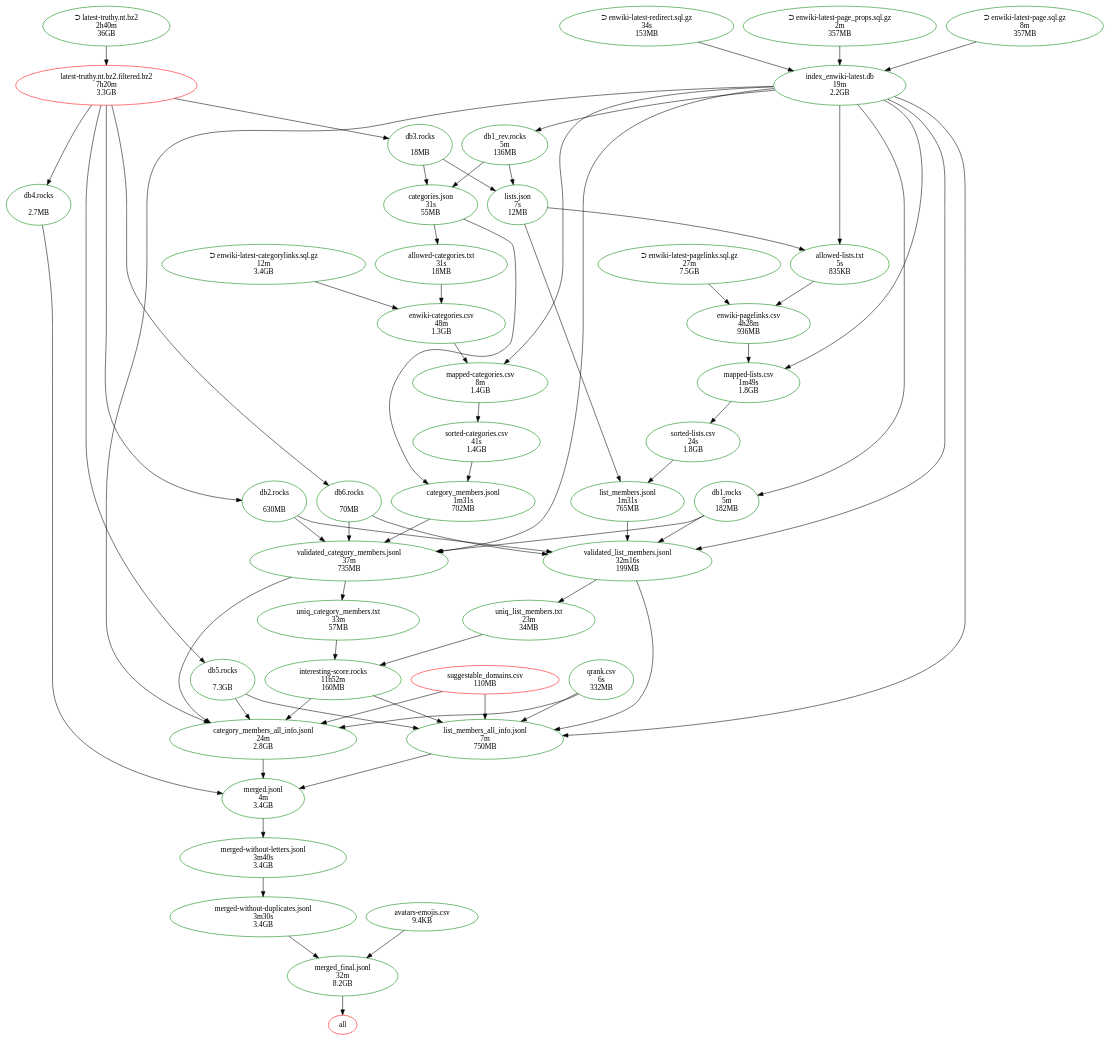
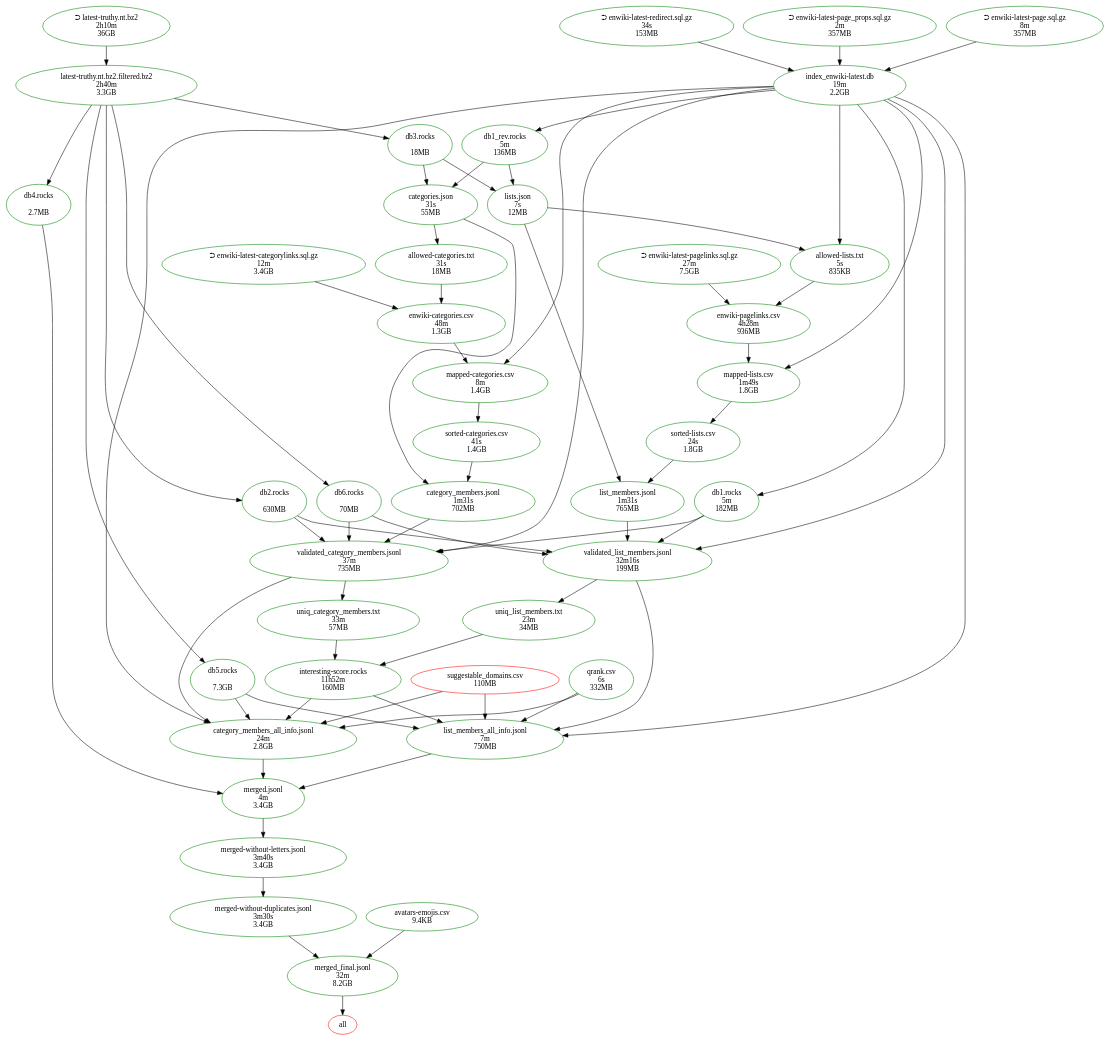
One commit to namehash/namegraph-collections changed the diagram in makefile-doc.dot. Above: the diagram before and after it, drawn with Graphviz. The commit also changed 2 other files, not shown here.

```diff
--- a/makefile-doc.dot
+++ b/makefile-doc.dot
@@ -1,113 +1,113 @@
 digraph G {
 n2[label="all", color="red"];
 n31[label="interesting-score.rocks\n11h52m\n160MB", color="green"];
 n29[label="allowed-categories.txt\n31s\n18MB", color="green"];
 n14[label="allowed-lists.txt\n5s\n835KB", color="green"];
 n30[label="categories.json\n31s\n55MB", color="green"];
 n24[label="category_members.jsonl\n1m31s\n702MB", color="green"];
 n33[label="category_members_all_info.jsonl\n24m\n2.8GB", color="green"];
 n17[label="db1.rocks\n5m\n182MB", color="green"];
 n16[label="db1_rev.rocks\n5m\n136MB", color="green"];
 n19[label="db3.rocks\n\n18MB", color="green"];
 n28[label="⮊ enwiki-latest-categorylinks.sql.gz\n12m\n3.4GB", color="green"];
 n13[label="⮊ enwiki-latest-pagelinks.sql.gz\n27m\n7.5GB", color="green"];
 n27[label="enwiki-categories.csv\n48m\n1.3GB", color="green"];
 n21[label="⮊ enwiki-latest-redirect.sql.gz\n34s\n153MB", color="green"];
 n12[label="enwiki-pagelinks.csv\n4h28m\n936MB", color="green"];
 n20[label="index_enwiki-latest.db\n19m\n2.2GB", color="green"];
 #n18[label="latest-all.nt.bz2.filtered.bz2\n20h29m\n3.5GB", color="red"];
 n9[label="list_members.jsonl\n1m31s\n765MB", color="green"];
 n7[label="list_members_all_info.jsonl\n7m\n750MB", color="green"];
 n15[label="lists.json\n7s\n12MB", color="green"];
 n26[label="mapped-categories.csv\n8m\n1.4GB", color="green"];
 n11[label="mapped-lists.csv\n1m49s\n1.8GB", color="green"];
 n6[label="merged.jsonl\n4m\n3.4GB", color="green"];
 n5[label="merged-without-letters.jsonl\n3m40s\n3.4GB", color="green"];
 n4[label="merged-without-duplicates.jsonl\n3m30s\n3.4GB", color="green"];
 n3[label="merged_final.jsonl\n32m\n8.2GB", color="green"];
 n25[label="sorted-categories.csv\n41s\n1.4GB", color="green"];
 n10[label="sorted-lists.csv\n24s\n1.8GB", color="green"];
 n32[label="suggestable_domains.csv\n110MB", color="red"];
 n23[label="validated_category_members.jsonl\n37m\n735MB", color="green"];
 n8[label="validated_list_members.jsonl\n32m16s\n199MB", color="green"];
-n34[label="⮊ latest-truthy.nt.bz2\n2h40m\n36GB", color="green"];
-n35[label="latest-truthy.nt.bz2.filtered.bz2\n7h20m\n3.3GB", color="red"];
+n34[label="⮊ latest-truthy.nt.bz2\n2h10m\n36GB", color="green"];
+n35[label="latest-truthy.nt.bz2.filtered.bz2\n2h40m\n3.3GB", color="green"];
 #n36[label="⮊ latest-all.nt.bz2\n11h20m\n151GB", color="red"];
 n37[label="⮊ enwiki-latest-page_props.sql.gz\n2m\n357MB", color="green"];
 n38[label="⮊ enwiki-latest-page.sql.gz\n8m\n357MB", color="green"];
 n39[label="qrank.csv\n6s\n332MB", color="green"];
 n40[label="db2.rocks\n\n630MB", color="green"];
 n41[label="db4.rocks\n\n2.7MB", color="green"];
 n42[label="db5.rocks\n\n7.3GB", color="green"];
 n43[label="db6.rocks\n\n70MB", color="green"];
 n44[label="avatars-emojis.csv\n9.4KB", color="green"];
 n45[label="uniq_category_members.txt\n33m\n57MB", color="green"];
 n46[label="uniq_list_members.txt\n23m\n34MB", color="green"];
 n31 -> n33;
 n31 -> n7;
 n8 -> n46
 n23 -> n45;
 n3 -> n2 ; 
 n45 -> n31; 
 n46 -> n31; 
 n30 -> n29 ; 
 n20 -> n14 ; 
 n15 -> n14 ; 
 n16 -> n30 ; 
 n19 -> n30 ; 
 n30 -> n24 ; 
 n25 -> n24 ; 
 n32 -> n33 ; 
 n23 -> n33 ; 
 n20 -> n17 ; 
 n20 -> n16 ; 
 n29 -> n27 ; 
 n28 -> n27 ; 
 n14 -> n12 ; 
 n13 -> n12 ; 
 n21 -> n20 ; 
 n15 -> n9 ; 
 n10 -> n9 ; 
 n32 -> n7 ; 
 n8 -> n7 ; 
 n16 -> n15 ; 
 n19 -> n15 ; 
 n27 -> n26 ; 
 n20 -> n26 ; 
 n12 -> n11 ; 
 n20 -> n11 ; 
 n33 -> n6 ; 
 n7 -> n6 ; 
 n6 -> n5 ; 
 n5 -> n4 ; 
 n4 -> n3 ; 
 n26 -> n25 ; 
 n11 -> n10 ; 
 n24 -> n23 ; 
 n9 -> n8 ; 
 n34 -> n35;
 #n36 -> n18;
 n38 -> n20;
 n17 -> n8 ; 
 n40 -> n8 ; 
 n43 -> n8 ; 
 n20 -> n8 ; 
 n17 -> n23 ; 
 n40 -> n23 ; 
 n43 -> n23 ; 
 n20 -> n23 ; 
 n42 -> n33 ; 
 n42 -> n7 ; 
 n20 -> n33 ; 
 n20 -> n7 ; 
 n41 -> n6 ;
 n44 -> n3 ;
 n39 -> n33 ;
 n39 -> n7 ;
 n35 -> n19 ;
 n35 -> n40 ;
 n35 -> n41 ;
 n35 -> n42 ;
 n35 -> n43 ;
 n37 -> n20;
 }
```
